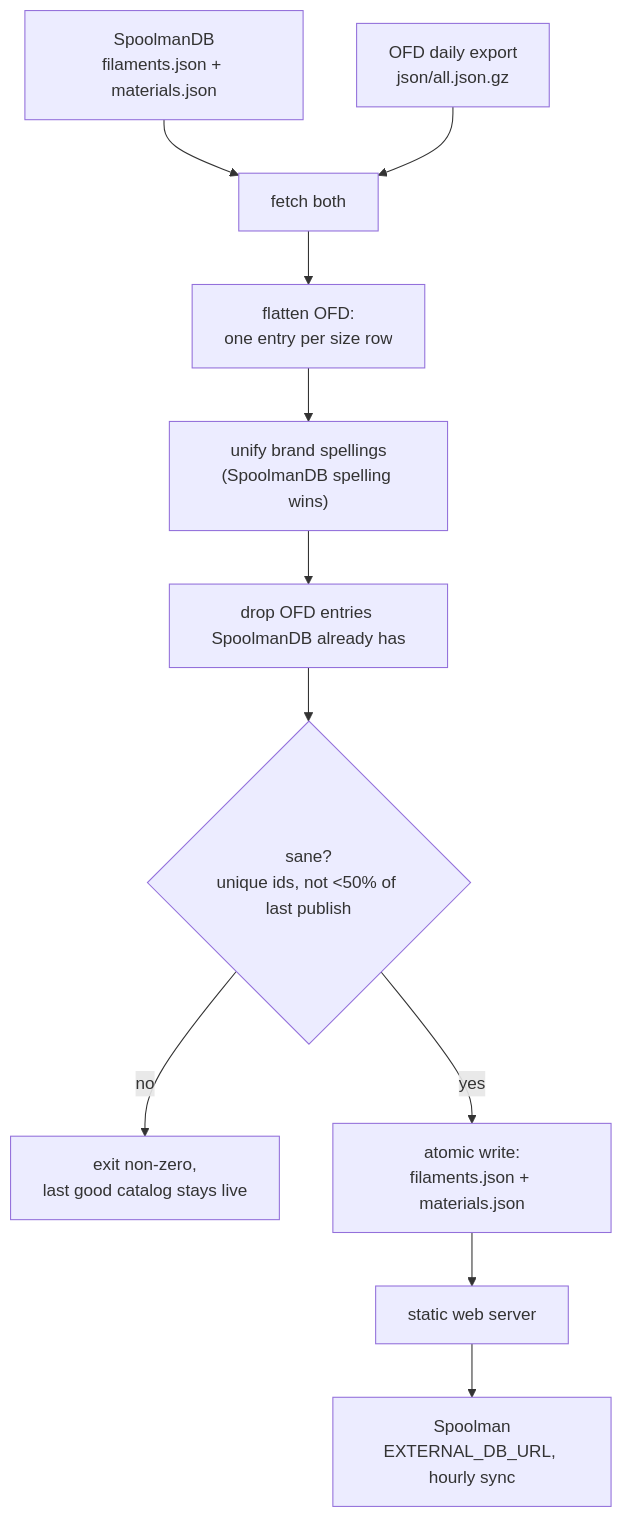
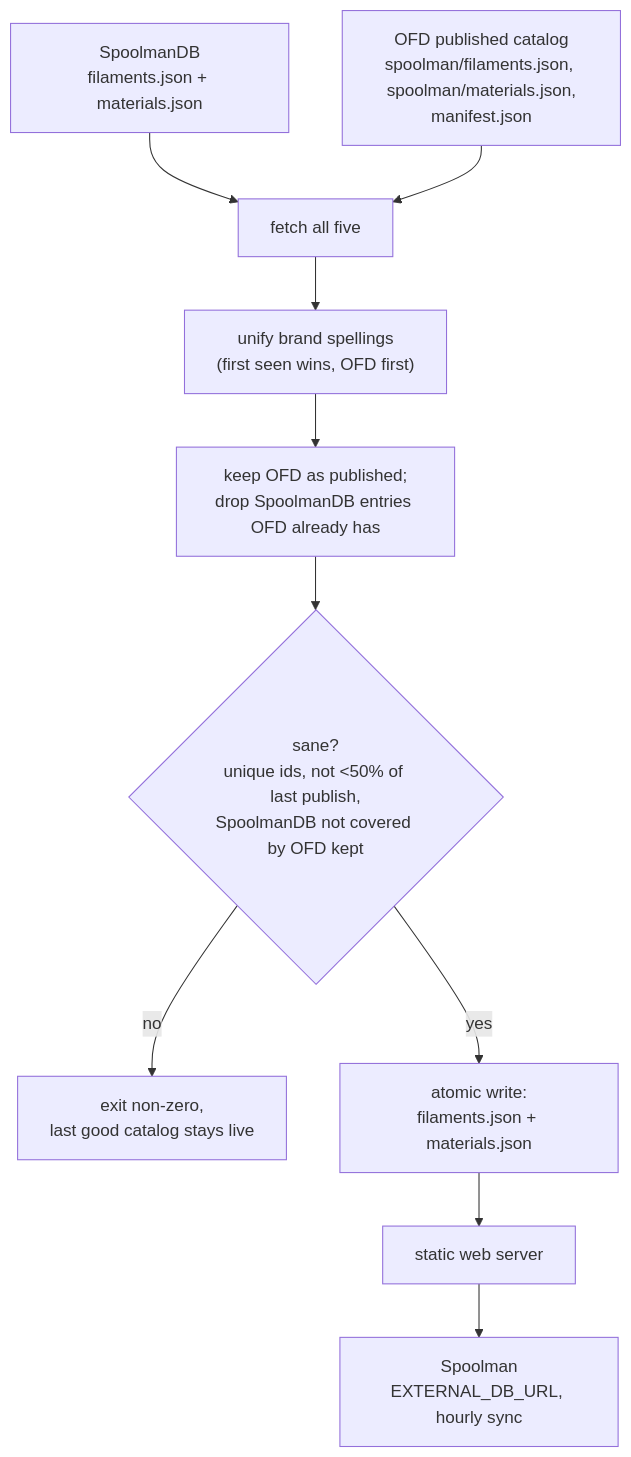
The first of 2 diagrams in README.md (csmarshall/ofd-to-spoolman), drawn with Mermaid before and after one commit. The commit also changed other lines of this file and 2 other files, not shown here.

First line of the commit message:
feat(#159): update README and CLAUDE.md for OFD-wins merge policy

````diff
--- a/README.md
+++ b/README.md
@@ -17,13 +17,12 @@
 ```mermaid
 flowchart TD
     SDB["SpoolmanDB<br/>filaments.json + materials.json"] --> FETCH
-    OFD["OFD daily export<br/>json/all.json.gz"] --> FETCH
-    FETCH["fetch both"] --> CONVERT["flatten OFD:<br/>one entry per size row"]
-    CONVERT --> CANON["unify brand spellings<br/>(SpoolmanDB spelling wins)"]
-    CANON --> DEDUPE["drop OFD entries SpoolmanDB already has"]
-    DEDUPE --> GUARD{"sane?<br/>unique ids, not &lt;50% of last publish"}
+    OFD["OFD published catalog<br/>spoolman/filaments.json, spoolman/materials.json,<br/>manifest.json"] --> FETCH
+    FETCH["fetch all five"] --> CANON["unify brand spellings<br/>(first seen wins, OFD first)"]
+    CANON --> DEDUPE["keep OFD as published;<br/>drop SpoolmanDB entries OFD already has"]
+    DEDUPE --> GUARD{"sane?<br/>unique ids, not &lt;50% of last publish,<br/>SpoolmanDB not covered by OFD kept"}
     GUARD -- no --> KEEP["exit non-zero,<br/>last good catalog stays live"]
     GUARD -- yes --> PUBLISH["atomic write:<br/>filaments.json + materials.json"]
     PUBLISH --> SERVE["static web server"]
     SERVE --> SPOOLMAN["Spoolman<br/>EXTERNAL_DB_URL, hourly sync"]
 ```
````
